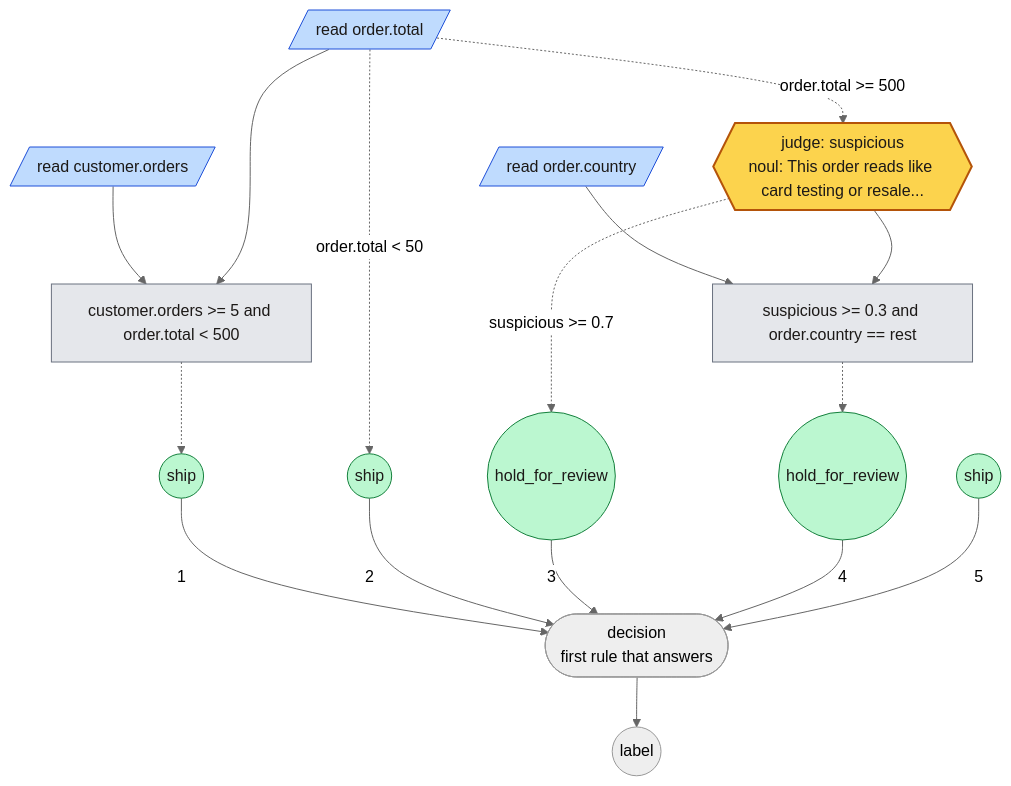
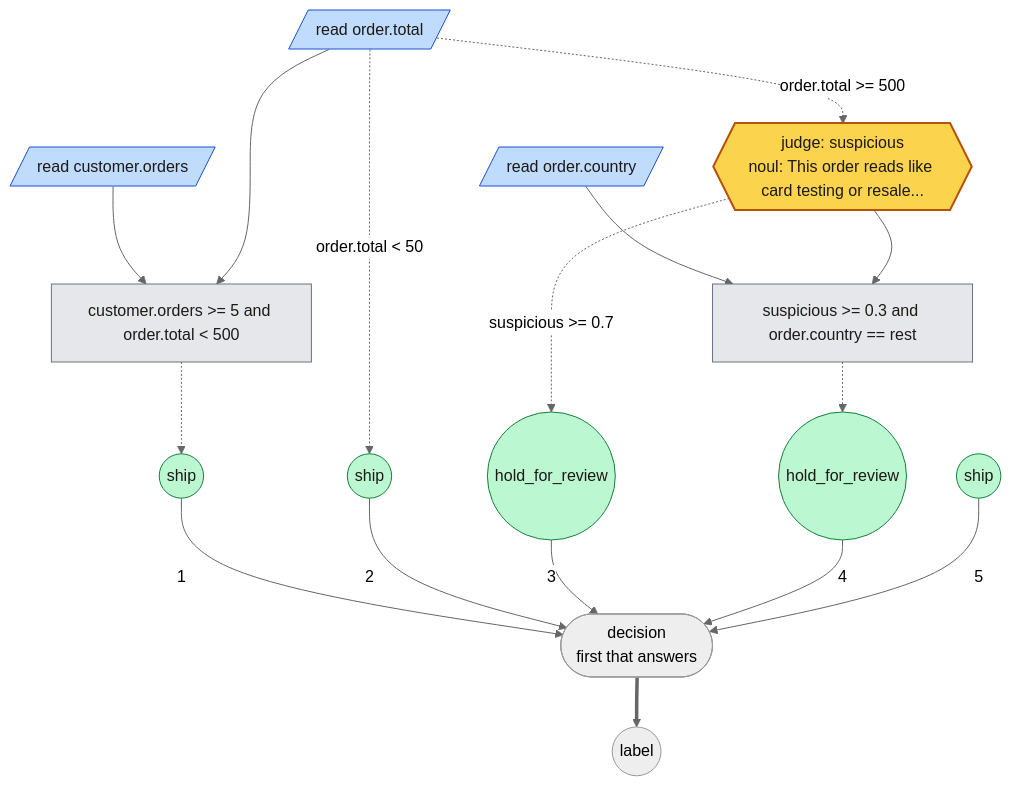
The sixth of 8 diagrams in README.md (MCERQUA/rulesmith), drawn with Mermaid (neutral theme) before and after one commit. The commit also changed other lines of this file and 1 other file, not shown here.

First line of the commit message:
Draw every graph in the README by one convention

````diff
--- a/README.md
+++ b/README.md
@@ -736,39 +738,39 @@
 ```mermaid
 flowchart TD
     n0[/"read order.total"/]
     n1[/"read order.country"/]
     n2[/"read customer.orders"/]
     n3{{"judge: suspicious<br/>noul: This order reads like card testing or resale..."}}
     n4(("ship"))
     n5(("ship"))
     n6(("hold_for_review"))
     n7(("hold_for_review"))
     n8(("ship"))
-    n9(["decision<br/>first rule that answers"])
+    n9(["decision<br/>first that answers"])
     n0 -.->|"order.total >= 500"| n3
     c0["customer.orders >= 5 and order.total < 500"]
     n2 --> c0
     n0 --> c0
     c0 -.-> n4
     n0 -.->|"order.total < 50"| n5
     n3 -.->|"suspicious >= 0.7"| n6
     c1["suspicious >= 0.3 and order.country == rest"]
     n1 --> c1
     n3 --> c1
     c1 -.-> n7
     n4 -->|"1"| n9
     n5 -->|"2"| n9
     n6 -->|"3"| n9
     n7 -->|"4"| n9
     n8 -->|"5"| n9
     o0(("label"))
-    n9 --> o0
+    n9 ==> o0
     classDef judge fill:#fcd34d,stroke:#b45309,stroke-width:2px,color:#1c1917
     class n3 judge
     classDef read fill:#bfdbfe,stroke:#1d4ed8,color:#1c1917
     class n0,n1,n2 read
     classDef rule fill:#bbf7d0,stroke:#15803d,color:#1c1917
     class n4,n5,n6,n7,n8 rule
     classDef condition fill:#e5e7eb,stroke:#6b7280,color:#1c1917
     class c0,c1 condition
 ```
````
